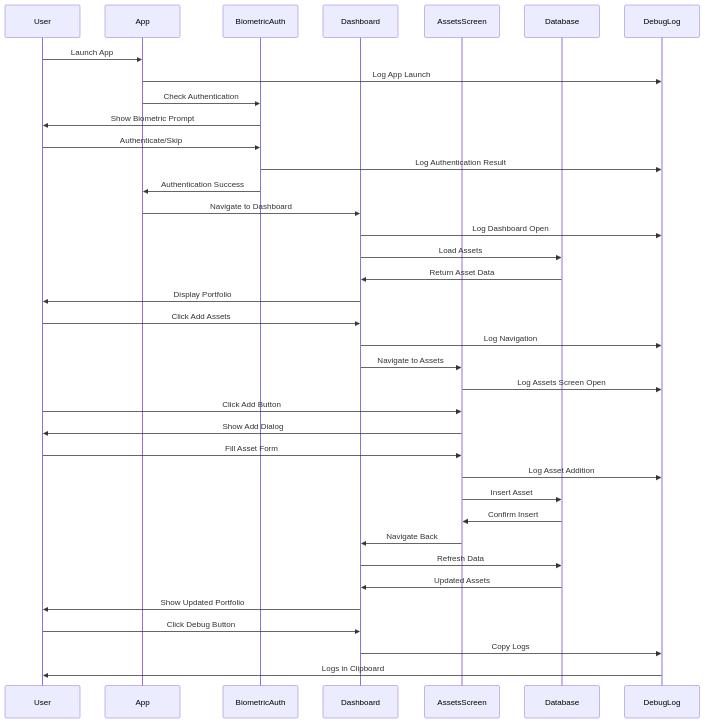
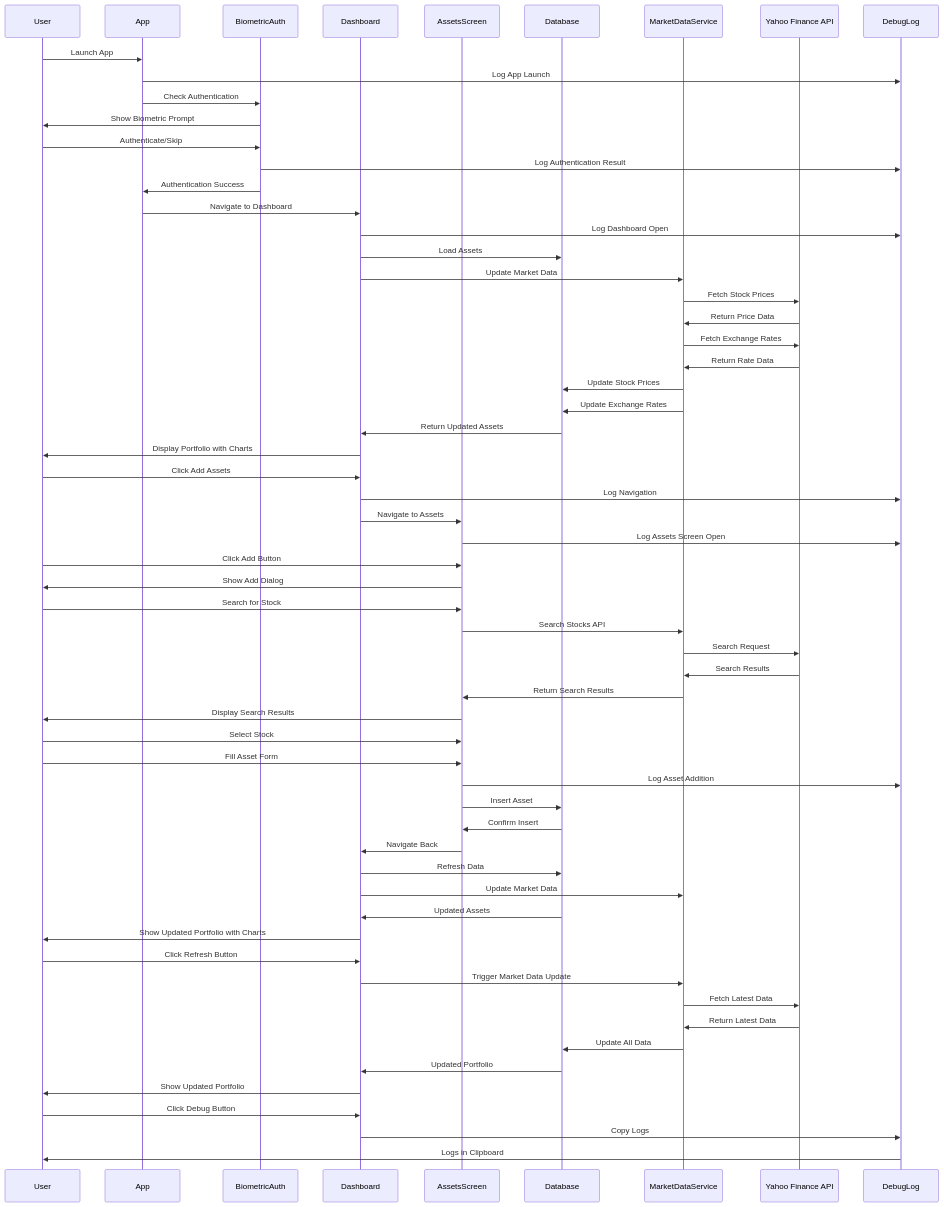
Before and after one commit to kuoyaoming/Wealth-Manager: the third of 3 diagrams in README.md, drawn with Mermaid. The commit also changed other lines of this file, not shown here.

Commit message:
feat: Implement market data integration and charts

````diff
--- a/README.md
+++ b/README.md
@@ -305,42 +366,67 @@
 ```mermaid
 sequenceDiagram
     participant U as User
     participant A as App
     participant B as BiometricAuth
     participant D as Dashboard
     participant AS as AssetsScreen
     participant DB as Database
+    participant MD as MarketDataService
+    participant API as Yahoo Finance API
     participant DL as DebugLog
     
     U->>A: Launch App
     A->>DL: Log App Launch
     A->>B: Check Authentication
     B->>U: Show Biometric Prompt
     U->>B: Authenticate/Skip
     B->>DL: Log Authentication Result
     B->>A: Authentication Success
     A->>D: Navigate to Dashboard
     D->>DL: Log Dashboard Open
     D->>DB: Load Assets
-    DB->>D: Return Asset Data
-    D->>U: Display Portfolio
+    D->>MD: Update Market Data
+    MD->>API: Fetch Stock Prices
+    API->>MD: Return Price Data
+    MD->>API: Fetch Exchange Rates
+    API->>MD: Return Rate Data
+    MD->>DB: Update Stock Prices
+    MD->>DB: Update Exchange Rates
+    DB->>D: Return Updated Assets
+    D->>U: Display Portfolio with Charts
     
     U->>D: Click Add Assets
     D->>DL: Log Navigation
     D->>AS: Navigate to Assets
     AS->>DL: Log Assets Screen Open
     U->>AS: Click Add Button
     AS->>U: Show Add Dialog
+    U->>AS: Search for Stock
+    AS->>MD: Search Stocks API
+    MD->>API: Search Request
+    API->>MD: Search Results
+    MD->>AS: Return Search Results
+    AS->>U: Display Search Results
+    U->>AS: Select Stock
     U->>AS: Fill Asset Form
     AS->>DL: Log Asset Addition
     AS->>DB: Insert Asset
     DB->>AS: Confirm Insert
     AS->>D: Navigate Back
     D->>DB: Refresh Data
+    D->>MD: Update Market Data
     DB->>D: Updated Assets
+    D->>U: Show Updated Portfolio with Charts
+    
+    U->>D: Click Refresh Button
+    D->>MD: Trigger Market Data Update
+    MD->>API: Fetch Latest Data
+    API->>MD: Return Latest Data
+    MD->>DB: Update All Data
+    DB->>D: Updated Portfolio
     D->>U: Show Updated Portfolio
     
     U->>D: Click Debug Button
     D->>DL: Copy Logs
     DL->>U: Logs in Clipboard
 ```
````
